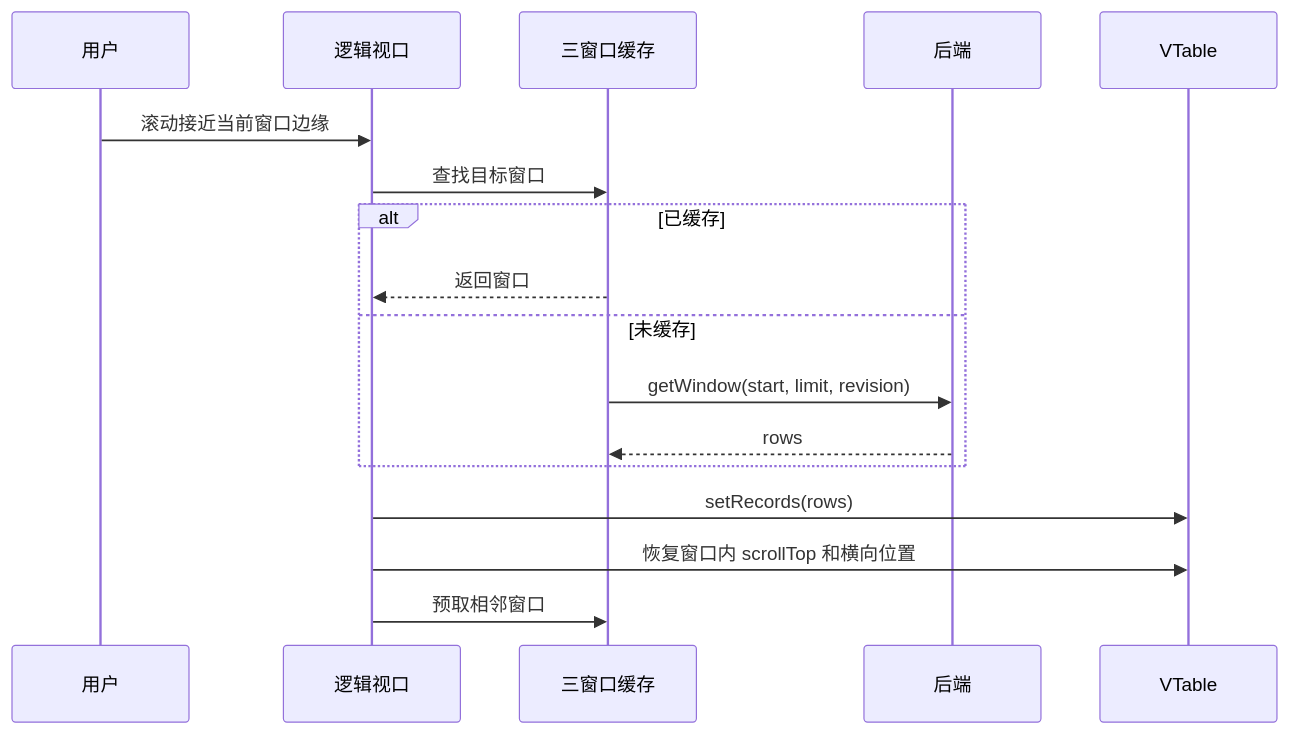
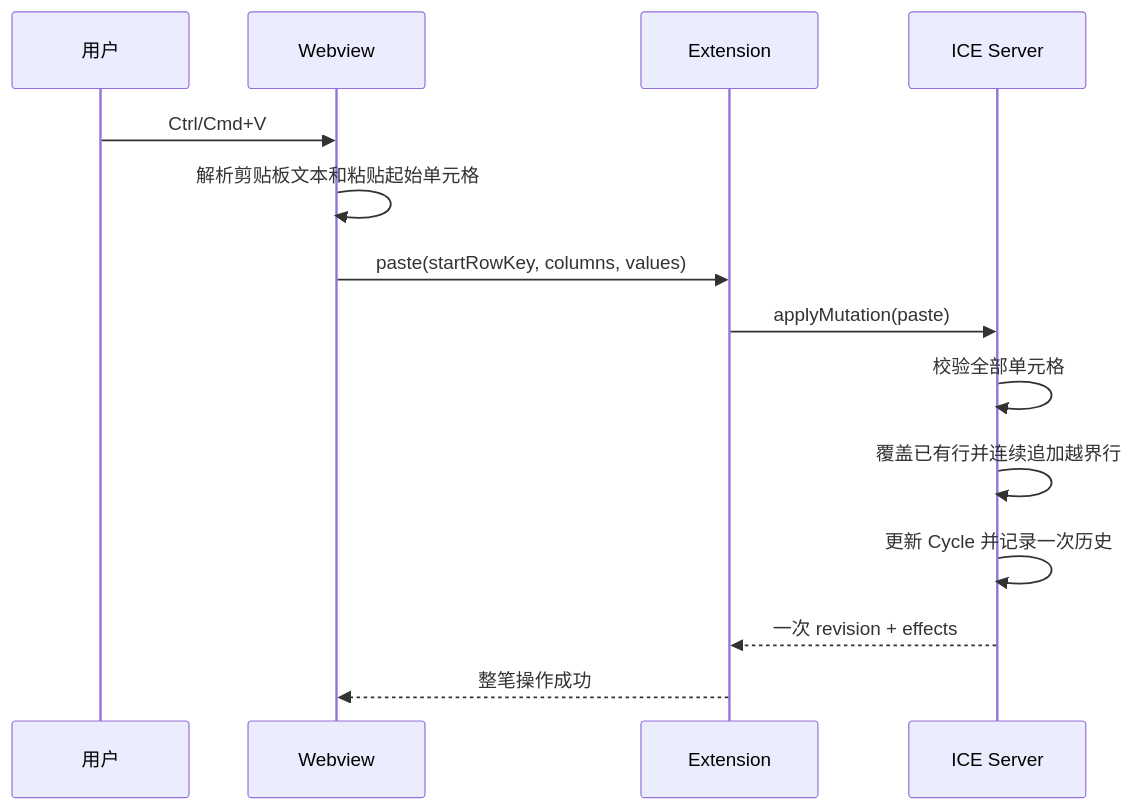
Before and after one commit to a306796405/huge-vtable: the eighth of 14 diagrams in docs/v22-lite-markdown-technical-solution.md, drawn with Mermaid. The commit also changed other lines of this file and 2 other files, not shown here.

Commit message:
docs: rewrite pattern solution for frontend and ice server

````diff
--- a/docs/v22-lite-markdown-technical-solution.md
+++ b/docs/v22-lite-markdown-technical-solution.md
@@ -326,20 +549,17 @@
 ```mermaid
 sequenceDiagram
     participant U as 用户
-    participant R as 逻辑视口
-    participant C as 三窗口缓存
-    participant B as 后端
-    participant T as VTable
+    participant W as Webview
+    participant E as Extension
+    participant I as ICE Server
 
-    U->>R: 滚动接近当前窗口边缘
-    R->>C: 查找目标窗口
-    alt 已缓存
-        C-->>R: 返回窗口
-    else 未缓存
-        C->>B: getWindow(start, limit, revision)
-        B-->>C: rows
-    end
-    R->>T: setRecords(rows)
-    R->>T: 恢复窗口内 scrollTop 和横向位置
-    R->>C: 预取相邻窗口
+    U->>W: Ctrl/Cmd+V
+    W->>W: 解析剪贴板文本和粘贴起始单元格
+    W->>E: paste(startRowKey, columns, values)
+    E->>I: applyMutation(paste)
+    I->>I: 校验全部单元格
+    I->>I: 覆盖已有行并连续追加越界行
+    I->>I: 更新 Cycle 并记录一次历史
+    I-->>E: 一次 revision + effects
+    E-->>W: 整笔操作成功
 ```
````
